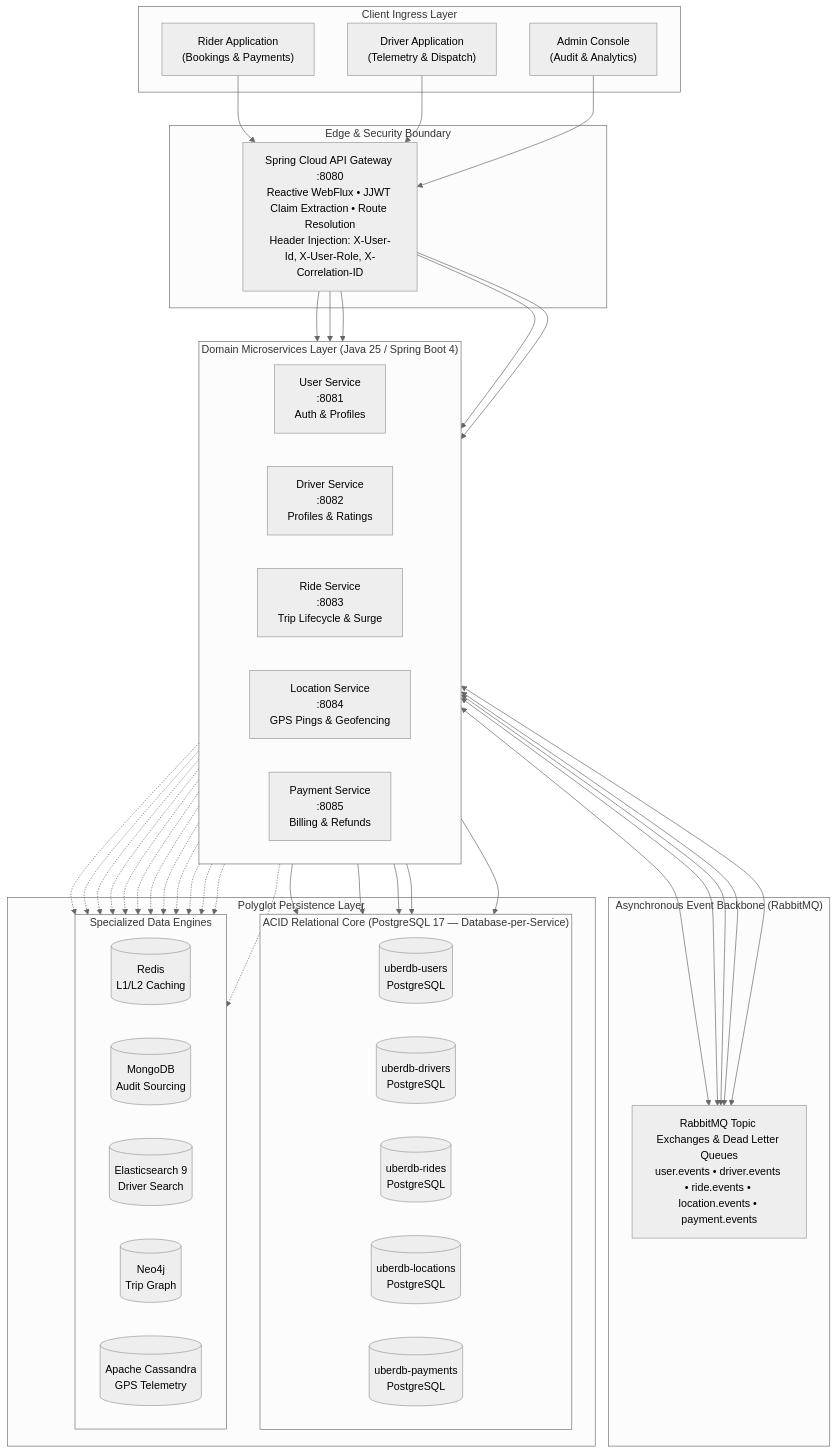
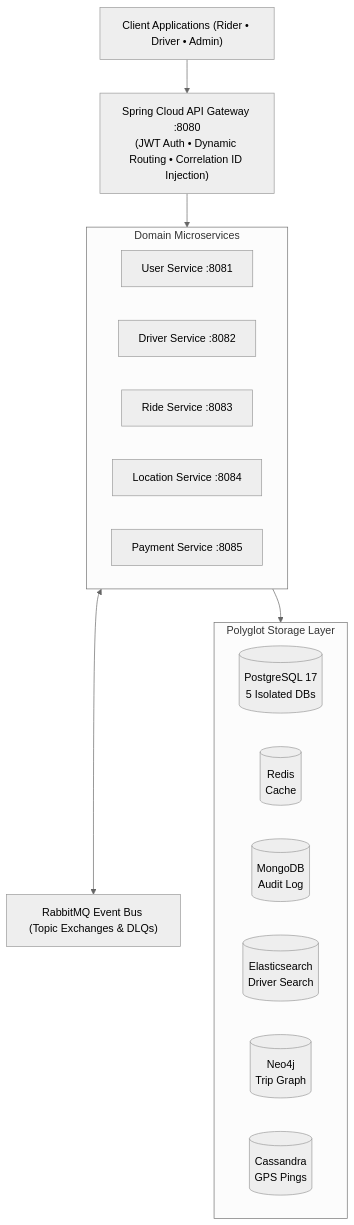
Before and after one commit to Basyo2003/10-RandomUnion-Uber: the first of 3 diagrams in README.md, drawn with Mermaid (neutral theme). The commit also changed other lines of this file, not shown here.

````diff
--- a/README.md
+++ b/README.md
@@ -39,72 +23,29 @@
 ```mermaid
 flowchart TD
-    subgraph CLIENTS ["Client Ingress Layer"]
-        RiderApp["Rider Application<br/>(Bookings & Payments)"]
-        DriverApp["Driver Application<br/>(Telemetry & Dispatch)"]
-        AdminPortal["Admin Console<br/>(Audit & Analytics)"]
+    Clients["Client Applications (Rider • Driver • Admin)"]
+    Gateway["Spring Cloud API Gateway :8080<br/>(JWT Auth • Dynamic Routing • Correlation ID Injection)"]
+
+    subgraph Services ["Domain Microservices"]
+        User["User Service :8081"]
+        Driver["Driver Service :8082"]
+        Ride["Ride Service :8083"]
+        Loc["Location Service :8084"]
+        Pay["Payment Service :8085"]
     end
 
-    subgraph INGRESS ["Edge & Security Boundary"]
-        Gateway["Spring Cloud API Gateway :8080<br/>Reactive WebFlux • JJWT Claim Extraction • Route Resolution<br/>Header Injection: X-User-Id, X-User-Role, X-Correlation-ID"]
+    Broker["RabbitMQ Event Bus (Topic Exchanges & DLQs)"]
+
+    subgraph Storage ["Polyglot Storage Layer"]
+        PG[("PostgreSQL 17<br/>5 Isolated DBs")]
+        Redis[("Redis<br/>Cache")]
+        Mongo[("MongoDB<br/>Audit Log")]
+        ES[("Elasticsearch<br/>Driver Search")]
+        Neo4j[("Neo4j<br/>Trip Graph")]
+        Cassandra[("Cassandra<br/>GPS Pings")]
     end
 
-    subgraph DOMAIN_SERVICES ["Domain Microservices Layer (Java 25 / Spring Boot 4)"]
-        direction LR
-        UserSvc["User Service<br/>:8081<br/>Auth & Profiles"]
-        DriverSvc["Driver Service<br/>:8082<br/>Profiles & Ratings"]
-        RideSvc["Ride Service<br/>:8083<br/>Trip Lifecycle & Surge"]
-        LocSvc["Location Service<br/>:8084<br/>GPS Pings & Geofencing"]
-        PaySvc["Payment Service<br/>:8085<br/>Billing & Refunds"]
-    end
-
-    subgraph BROKER ["Asynchronous Event Backbone (RabbitMQ)"]
-        RabbitMQ["RabbitMQ Topic Exchanges & Dead Letter Queues<br/>user.events • driver.events • ride.events • location.events • payment.events"]
-    end
-
-    subgraph STORAGE_TIER ["Polyglot Persistence Layer"]
-        subgraph RELATIONAL ["ACID Relational Core (PostgreSQL 17 — Database-per-Service)"]
-            direction LR
-            UserDB[("uberdb-users<br/>PostgreSQL")]
-            DriverDB[("uberdb-drivers<br/>PostgreSQL")]
-            RideDB[("uberdb-rides<br/>PostgreSQL")]
-            LocDB[("uberdb-locations<br/>PostgreSQL")]
-            PayDB[("uberdb-payments<br/>PostgreSQL")]
-        end
-
-        subgraph SPECIALIZED ["Specialized Data Engines"]
-            direction LR
-            RedisDB[("Redis<br/>L1/L2 Caching")]
-            MongoDB[("MongoDB<br/>Audit Sourcing")]
-            ESDB[("Elasticsearch 9<br/>Driver Search")]
-            Neo4jDB[("Neo4j<br/>Trip Graph")]
-            CassandraDB[("Apache Cassandra<br/>GPS Telemetry")]
-        end
-    end
-
-    %% Client to Ingress
-    RiderApp & DriverApp & AdminPortal --> Gateway
-
-    %% Gateway to Services
-    Gateway --> UserSvc
-    Gateway --> DriverSvc
-    Gateway --> RideSvc
-    Gateway --> LocSvc
-    Gateway --> PaySvc
-
-    %% Service to Isolated Database
-    UserSvc --> UserDB
-    DriverSvc --> DriverDB
-    RideSvc --> RideDB
-    LocSvc --> LocDB
-    PaySvc --> PayDB
-
-    %% Inter-Service Communication
-    UserSvc & DriverSvc & RideSvc & LocSvc & PaySvc <--> RabbitMQ
-
-    %% Specialized persistence links
-    DriverSvc -.-> ESDB
-    RideSvc -.-> Neo4jDB
-    LocSvc -.-> CassandraDB
-    UserSvc & DriverSvc & RideSvc & LocSvc & PaySvc -.-> RedisDB
-    UserSvc & DriverSvc & RideSvc & LocSvc & PaySvc -.-> MongoDB
+    Clients --> Gateway
+    Gateway --> Services
+    Services <--> Broker
+    Services --> Storage
 ```
````
